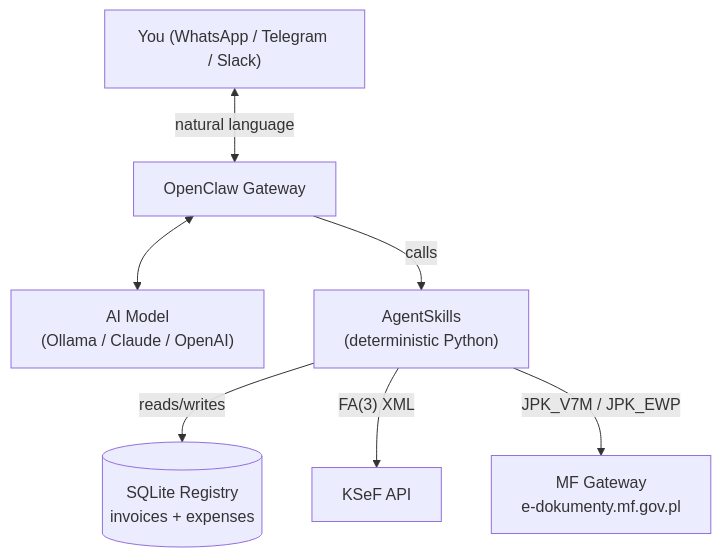
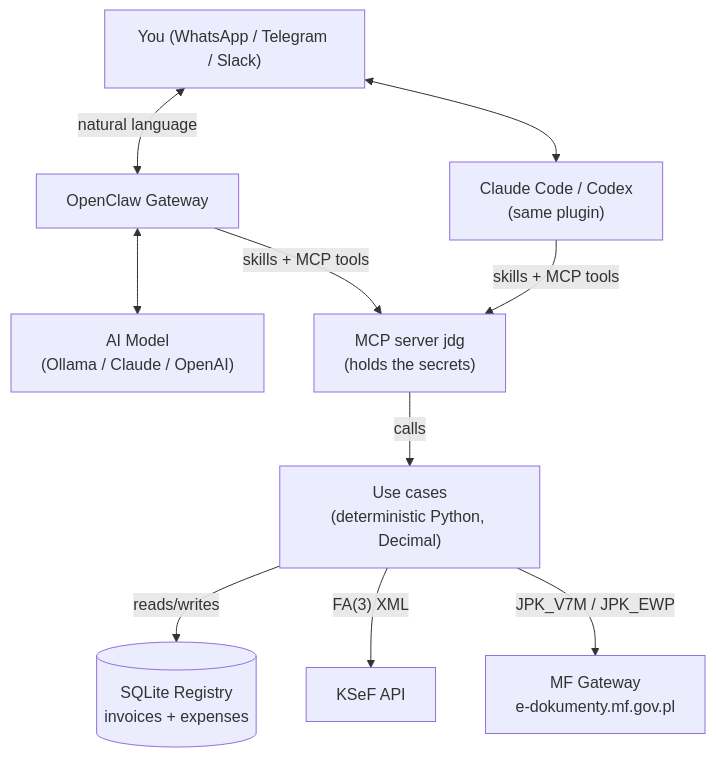
The diagram in README.md (dithiothreitol/jdg-ksiegowy), drawn with Mermaid before and after one commit. The commit also changed other lines of this file and 164 other files, not shown here.

````diff
--- a/README.md
+++ b/README.md
@@ -150,17 +157,22 @@
 ```mermaid
 graph TB
     User["You (WhatsApp / Telegram / Slack)"]
     OC["OpenClaw Gateway"]
     AI["AI Model<br/>(Ollama / Claude / OpenAI)"]
-    Skills["AgentSkills<br/>(deterministic Python)"]
+    Skills["Use cases<br/>(deterministic Python, Decimal)"]
+    CC["Claude Code / Codex<br/>(same plugin)"]
+    MCP["MCP server jdg<br/>(holds the secrets)"]
     DB[("SQLite Registry<br/>invoices + expenses")]
     KSeF["KSeF API"]
     MF["MF Gateway<br/>e-dokumenty.mf.gov.pl"]
 
     User <-->|natural language| OC
+    User <--> CC
     OC <--> AI
-    OC -->|calls| Skills
+    OC -->|skills + MCP tools| MCP
+    CC -->|skills + MCP tools| MCP
+    MCP -->|calls| Skills
     Skills -->|reads/writes| DB
     Skills -->|"FA(3) XML"| KSeF
     Skills -->|"JPK_V7M / JPK_EWP"| MF
 ```
````
